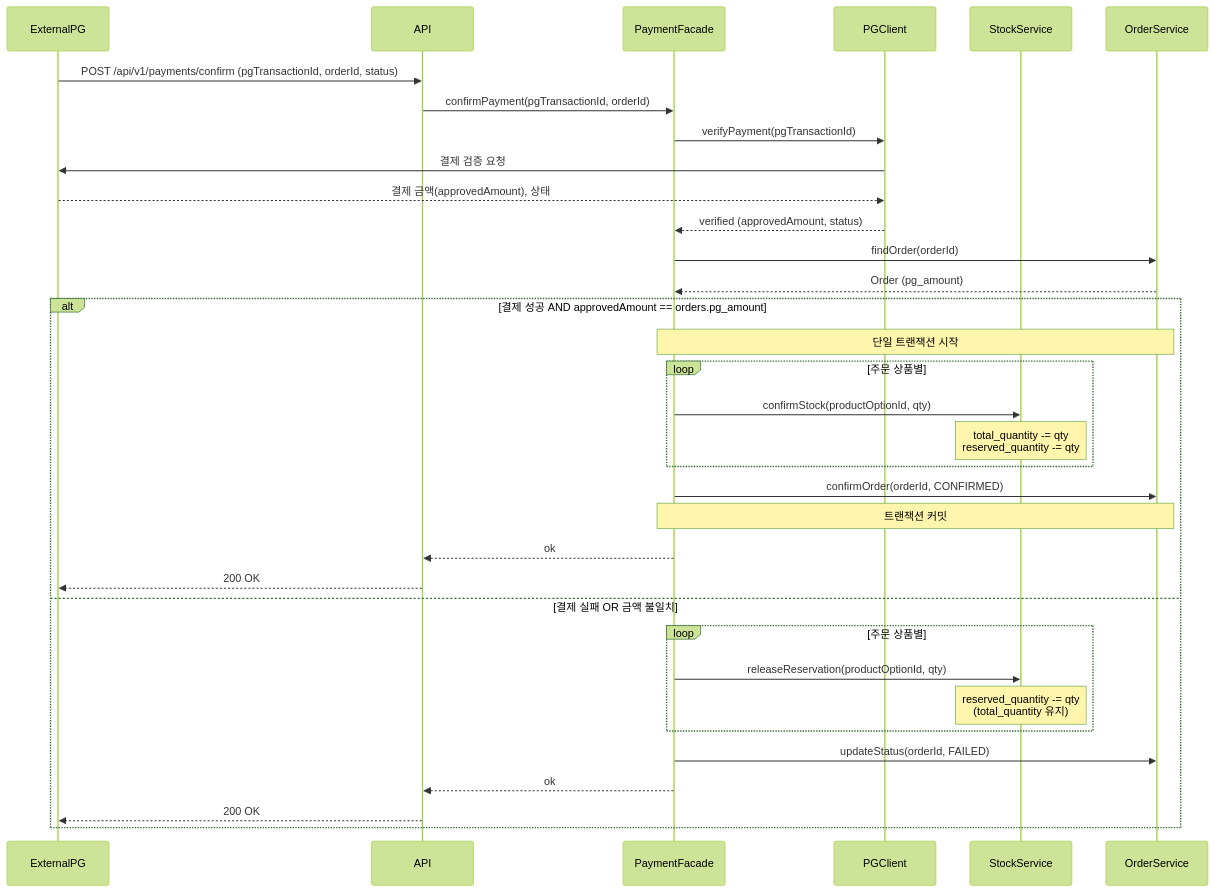
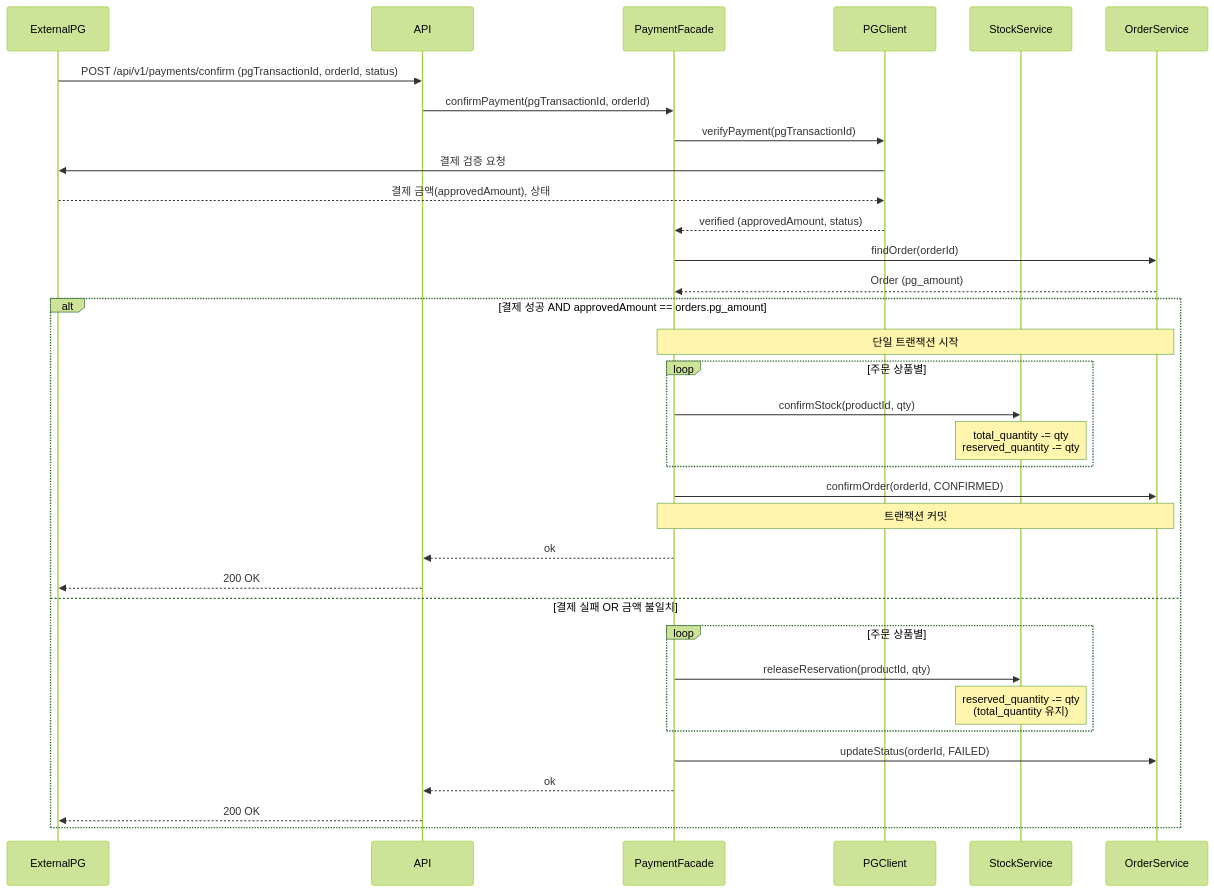
The second of 7 diagrams in .docs/design/02-sequence-diagrams.md (loopers-labs/loop-pack-be-l2-vol4-java), drawn with Mermaid (forest theme) before and after one commit. The commit also changed other lines of this file and 3 other files, not shown here.

````diff
--- a/.docs/design/02-sequence-diagrams.md
+++ b/.docs/design/02-sequence-diagrams.md
@@ -61,44 +63,44 @@
 ```mermaid
 sequenceDiagram
     participant ExternalPG
     participant API
     participant PaymentFacade
     participant PGClient
     participant StockService
     participant OrderService
 
     ExternalPG->>API: POST /api/v1/payments/confirm (pgTransactionId, orderId, status)
     API->>PaymentFacade: confirmPayment(pgTransactionId, orderId)
 
     PaymentFacade->>PGClient: verifyPayment(pgTransactionId)
     PGClient->>ExternalPG: 결제 검증 요청
     ExternalPG-->>PGClient: 결제 금액(approvedAmount), 상태
     PGClient-->>PaymentFacade: verified (approvedAmount, status)
 
     PaymentFacade->>OrderService: findOrder(orderId)
     OrderService-->>PaymentFacade: Order (pg_amount)
 
     alt 결제 성공 AND approvedAmount == orders.pg_amount
         Note over PaymentFacade, OrderService: 단일 트랜잭션 시작
         loop 주문 상품별
-            PaymentFacade->>StockService: confirmStock(productOptionId, qty)
+            PaymentFacade->>StockService: confirmStock(productId, qty)
             Note over StockService: total_quantity -= qty<br/>reserved_quantity -= qty
         end
 
         PaymentFacade->>OrderService: confirmOrder(orderId, CONFIRMED)
         Note over PaymentFacade, OrderService: 트랜잭션 커밋
 
         PaymentFacade-->>API: ok
         API-->>ExternalPG: 200 OK
 
     else 결제 실패 OR 금액 불일치
         loop 주문 상품별
-            PaymentFacade->>StockService: releaseReservation(productOptionId, qty)
+            PaymentFacade->>StockService: releaseReservation(productId, qty)
             Note over StockService: reserved_quantity -= qty<br/>(total_quantity 유지)
         end
 
         PaymentFacade->>OrderService: updateStatus(orderId, FAILED)
         PaymentFacade-->>API: ok
         API-->>ExternalPG: 200 OK
     end
 ```
````
